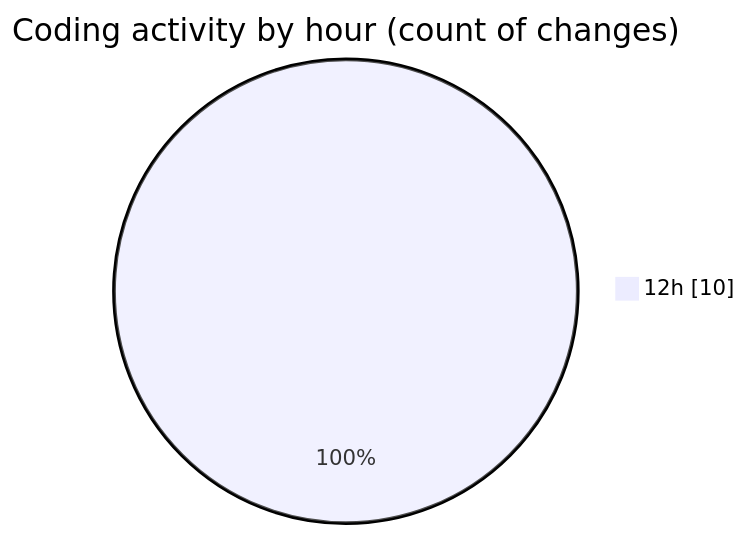
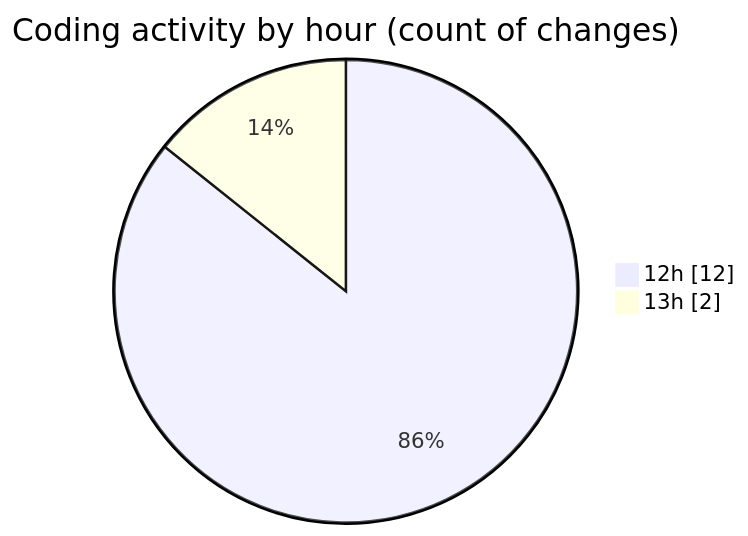
One commit to CELIANVF/code-tracking changed the second of 2 diagrams in 2025-04-14/portfolio/README.md. Above: the diagram before and after it, drawn with Mermaid. The commit also changed other lines of this file and 1 other file, not shown here.

````diff
--- a/2025-04-14/portfolio/README.md
+++ b/2025-04-14/portfolio/README.md
@@ -33,5 +33,6 @@
 ```mermaid
 pie showData
 title Coding activity by hour (count of changes)
-"12h" : 10
+"12h" : 12
+"13h" : 2
 ```
````
